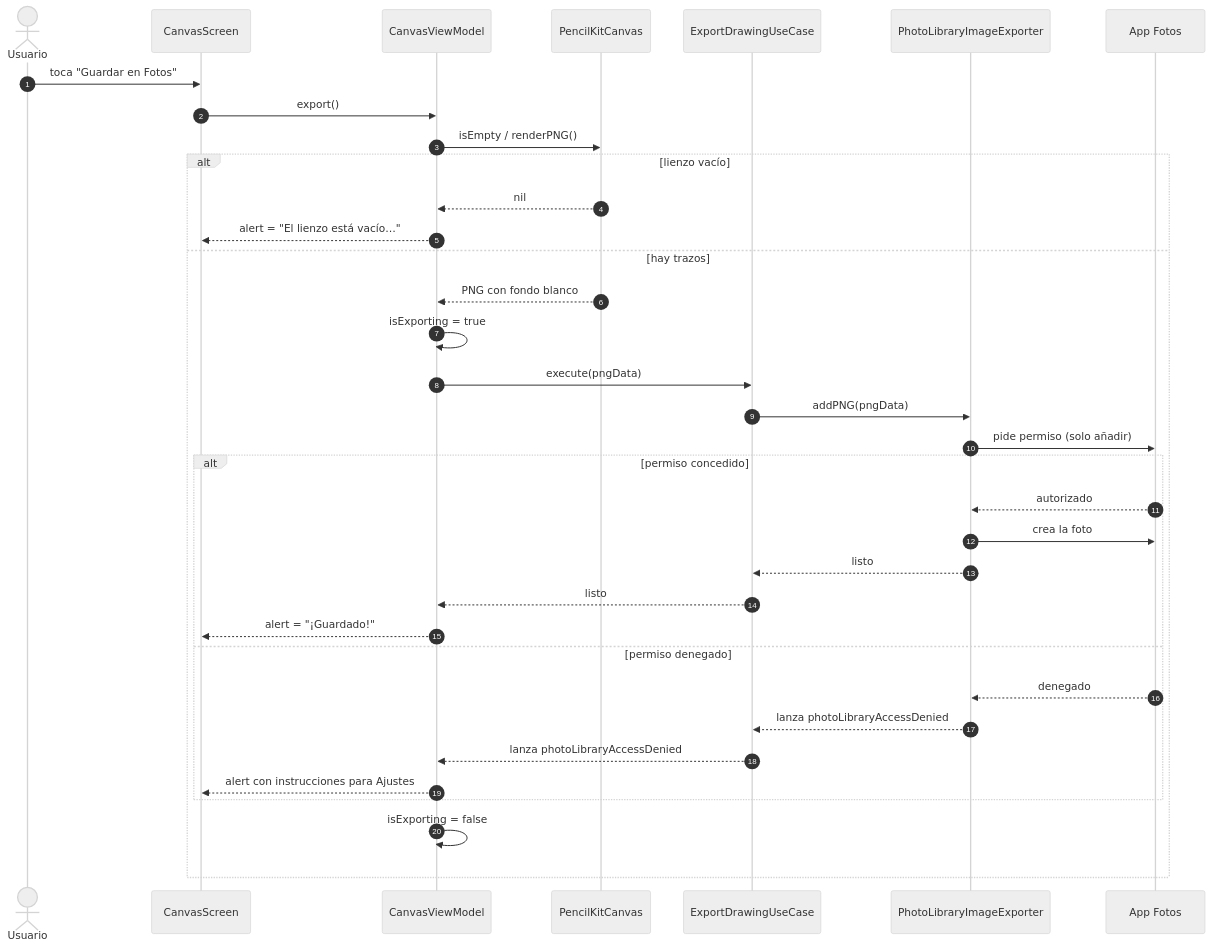
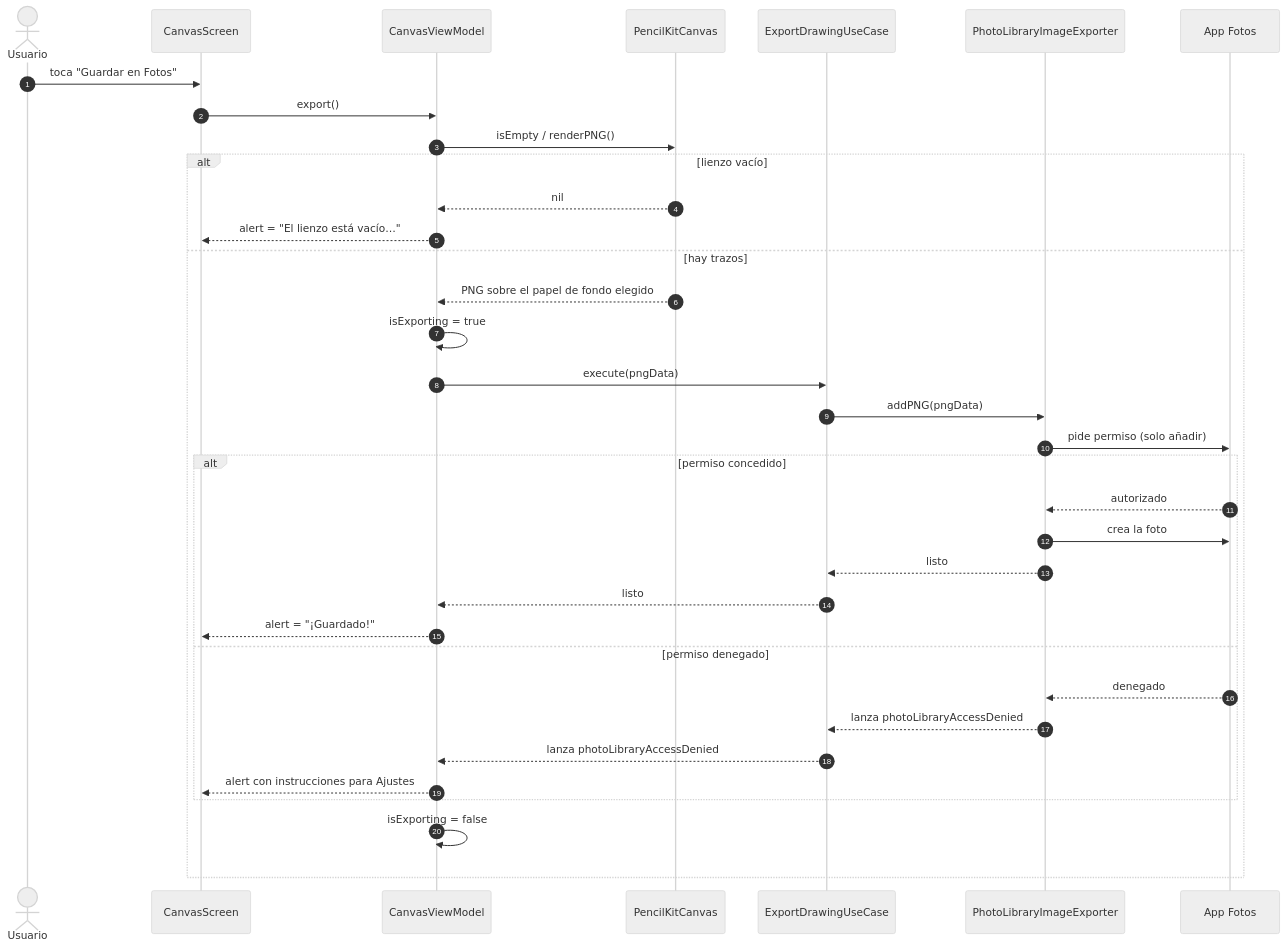
The ninth of 9 diagrams in docs/arquitectura.md (jhonjairo6230/DrawPad), drawn with Mermaid (neutral theme) before and after one commit. The commit also changed other lines of this file and 2 other files, not shown here.

````diff
--- a/docs/arquitectura.md
+++ b/docs/arquitectura.md
@@ -427,38 +468,38 @@
 ```mermaid
 sequenceDiagram
     autonumber
     actor U as Usuario
     participant V as CanvasScreen
     participant VM as CanvasViewModel
     participant K as PencilKitCanvas
     participant UC as ExportDrawingUseCase
     participant X as PhotoLibraryImageExporter
     participant F as App Fotos
 
     U->>V: toca "Guardar en Fotos"
     V->>VM: export()
     VM->>K: isEmpty / renderPNG()
     alt lienzo vacío
         K-->>VM: nil
         VM-->>V: alert = "El lienzo está vacío…"
     else hay trazos
-        K-->>VM: PNG con fondo blanco
+        K-->>VM: PNG sobre el papel de fondo elegido
         VM->>VM: isExporting = true
         VM->>UC: execute(pngData)
         UC->>X: addPNG(pngData)
         X->>F: pide permiso (solo añadir)
         alt permiso concedido
             F-->>X: autorizado
             X->>F: crea la foto
             X-->>UC: listo
             UC-->>VM: listo
             VM-->>V: alert = "¡Guardado!"
         else permiso denegado
             F-->>X: denegado
             X-->>UC: lanza photoLibraryAccessDenied
             UC-->>VM: lanza photoLibraryAccessDenied
             VM-->>V: alert con instrucciones para Ajustes
         end
         VM->>VM: isExporting = false
     end
 ```
````
